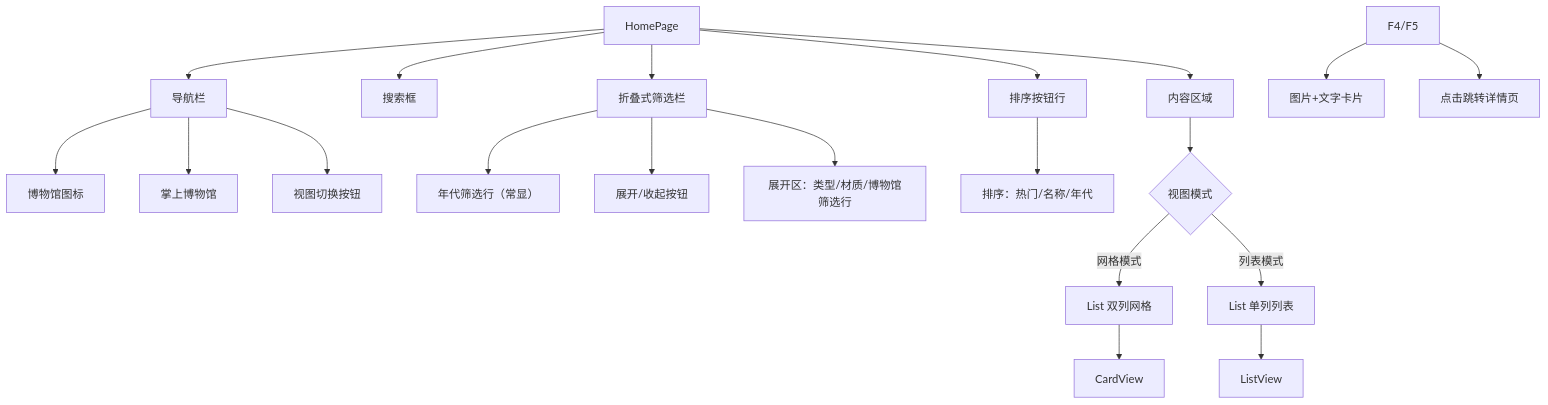
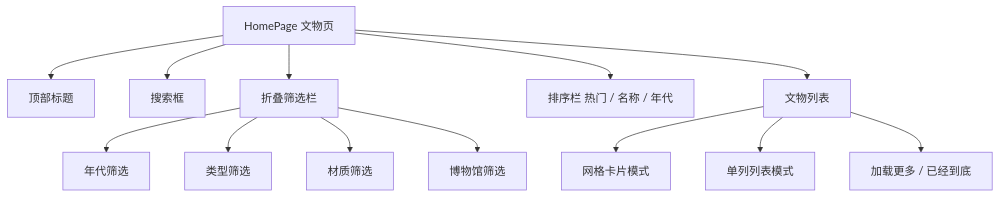
One commit to BUCT-CS2301/PalmMuseum changed the fourth of 9 diagrams in Doc/设计文档.md. Above: the diagram before and after it, drawn with Mermaid. The commit also changed other lines of this file, not shown here.

````diff
--- a/Doc/设计文档.md
+++ b/Doc/设计文档.md
@@ -441,26 +449,15 @@
 ```mermaid
 flowchart TD
-    A[HomePage] --> B[导航栏]
-    A --> C[搜索框]
-    A --> D[折叠式筛选栏]
-    A --> E[排序按钮行]
-    A --> F[内容区域]
-
-    B --> B1[博物馆图标]
-    B --> B2[掌上博物馆]
-    B --> B3[视图切换按钮]
-
-    D --> D1[年代筛选行（常显）]
-    D --> D2[展开/收起按钮]
-    D --> D3[展开区：类型/材质/博物馆筛选行]
-
-    E --> E1[排序：热门/名称/年代]
-
-    F --> F1{视图模式}
-    F1 -- 网格模式 --> F2[List 双列网格]
-    F1 -- 列表模式 --> F3[List 单列列表]
-    F2 --> F4[CardView]
-    F3 --> F5[ListView]
-    F4/F5 --> F6[图片+文字卡片]
-    F4/F5 --> F7[点击跳转详情页]
+    A["HomePage 文物页"] --> B["顶部标题"]
+    A --> C["搜索框"]
+    A --> D["折叠筛选栏"]
+    D --> D1["年代筛选"]
+    D --> D2["类型筛选"]
+    D --> D3["材质筛选"]
+    D --> D4["博物馆筛选"]
+    A --> E["排序栏 热门 / 名称 / 年代"]
+    A --> F["文物列表"]
+    F --> F1["网格卡片模式"]
+    F --> F2["单列列表模式"]
+    F --> G["加载更多 / 已经到底"]
 ```
````
